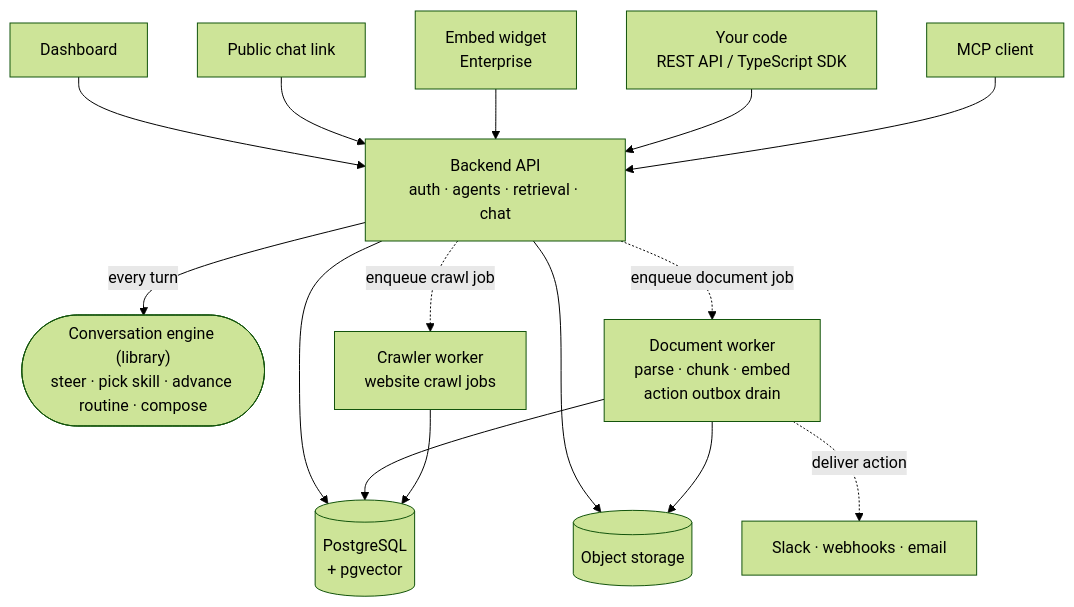
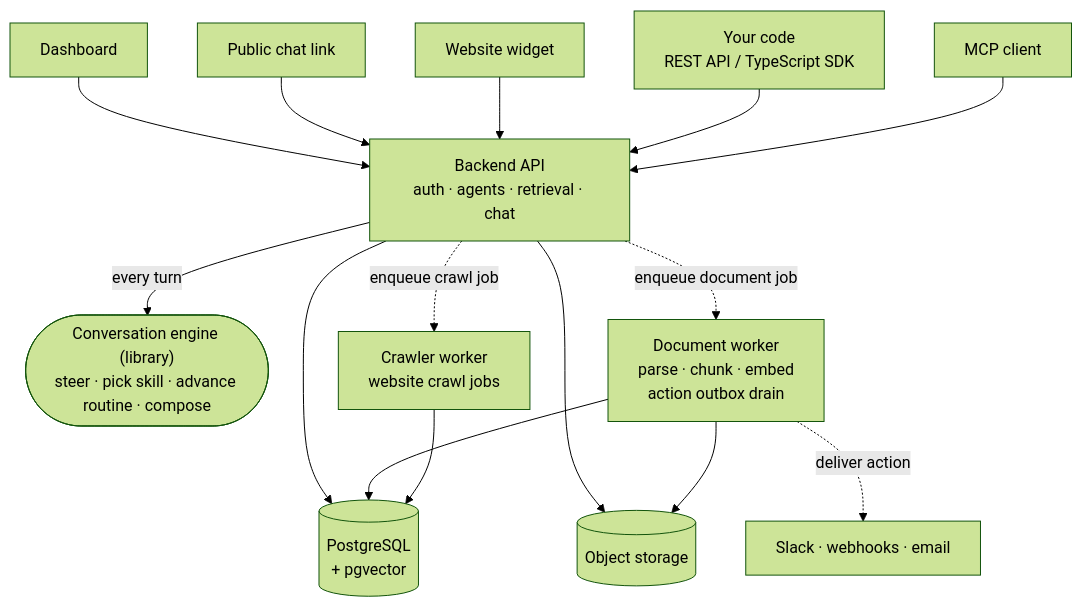
Before and after one commit to radioso-ai/radioso: the diagram in docs-portal/content/architecture/index.mdx, drawn with Mermaid (forest theme). The commit also changed other lines of this file and 13 other files, not shown here.

First line of the commit message:
docs: make widget customization, site-builder installs, and booking findable; drop stale Enterprise labels

````diff
--- a/docs-portal/content/architecture/index.mdx
+++ b/docs-portal/content/architecture/index.mdx
@@ -15,35 +15,35 @@
 ```mermaid
 flowchart TB
   dash["Dashboard"]
   link["Public chat link"]
-  embed["Embed widget<br/>Enterprise"]
+  embed["Website widget"]
   sdk["Your code<br/>REST API / TypeScript SDK"]
   mcp["MCP client"]
 
   backend["Backend API<br/>auth · agents · retrieval · chat"]
   engine(["Conversation engine (library)<br/>steer · pick skill · advance routine · compose"])
 
   db[("PostgreSQL<br/>+ pgvector")]
   files[("Object storage")]
 
   docworker["Document worker<br/>parse · chunk · embed<br/>action outbox drain"]
   crawler["Crawler worker<br/>website crawl jobs"]
   targets["Slack · webhooks · email"]
 
   dash --> backend
   link --> backend
   embed --> backend
   sdk --> backend
   mcp --> backend
 
   backend -- "every turn" --> engine
   backend --> db
   backend --> files
   backend -. "enqueue document job" .-> docworker
   backend -. "enqueue crawl job" .-> crawler
 
   docworker --> db
   docworker --> files
   docworker -. "deliver action" .-> targets
   crawler --> db
 ```
````
